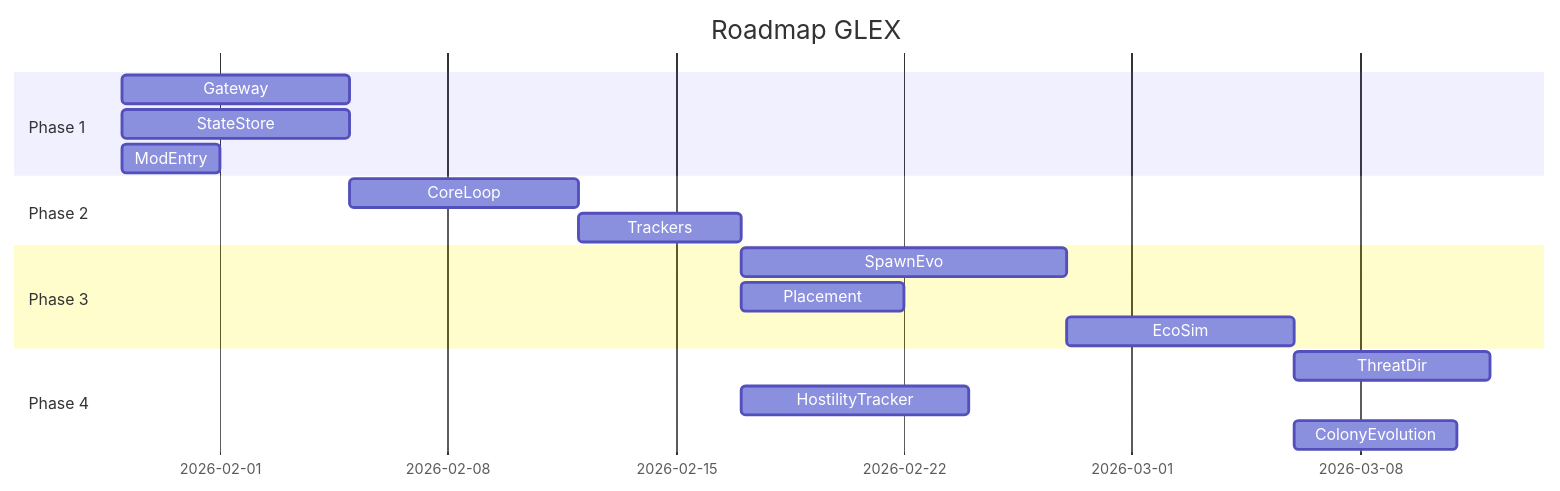
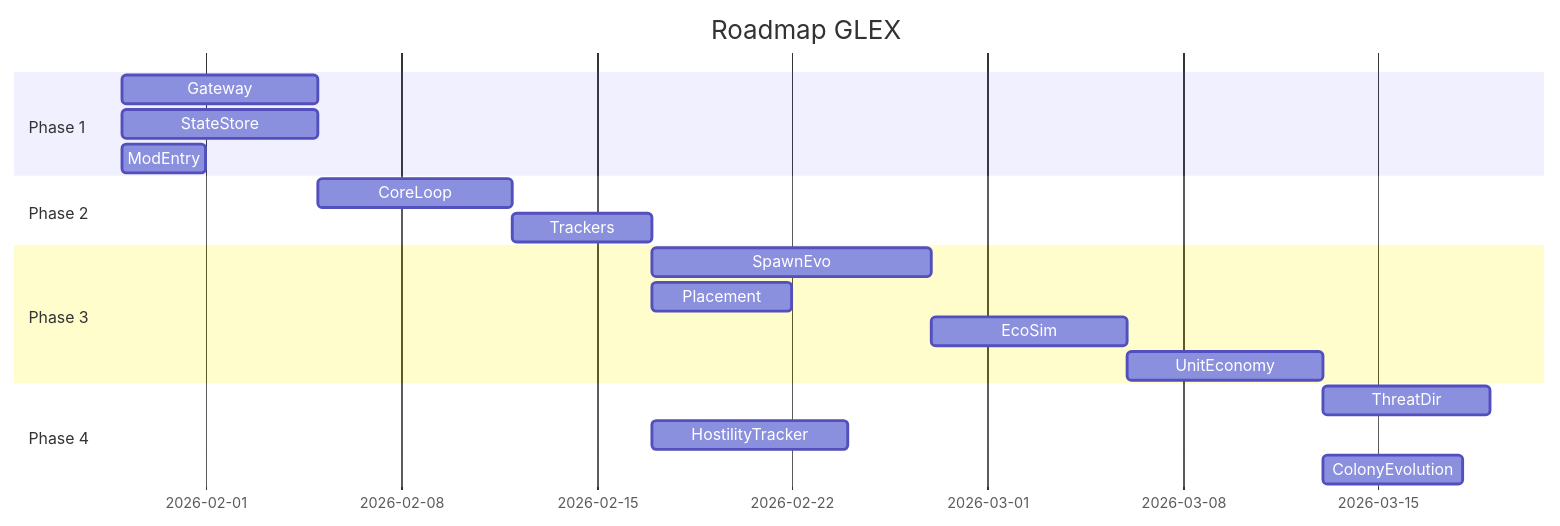
One commit to Gexon/GalacticExpansion changed the diagram in memory-bank/activeContext.md. Above: the diagram before and after it, drawn with Mermaid. The commit also changed other lines of this file and 11 other files, not shown here.

Commit message:
Sonnet45 Добавлена система Unit Economy

````diff
--- a/memory-bank/activeContext.md
+++ b/memory-bank/activeContext.md
@@ -100,23 +150,24 @@
 ```mermaid
 gantt
     title Roadmap GLEX
     dateFormat YYYY-MM-DD
     section Phase 1
     Gateway :p1, 2026-01-29, 7d
     StateStore :p2, 2026-01-29, 7d
     ModEntry :p3, 2026-01-29, 3d
     
     section Phase 2
     CoreLoop :p4, after p1, 7d
     Trackers :p5, after p4, 5d
     
     section Phase 3
     SpawnEvo :p6, after p5, 10d
     Placement :p7, after p5, 5d
     EcoSim :p8, after p6, 7d
+    UnitEconomy :p12, after p8, 7d
     
     section Phase 4
-    ThreatDir :p9, after p8, 6d
+    ThreatDir :p9, after p12, 6d
     HostilityTracker :p10, after p5, 7d
-    ColonyEvolution :p11, after p8, 5d
+    ColonyEvolution :p11, after p12, 5d
 ```
````
